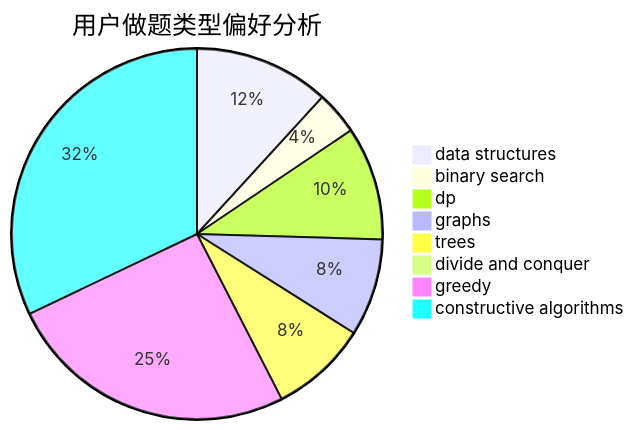
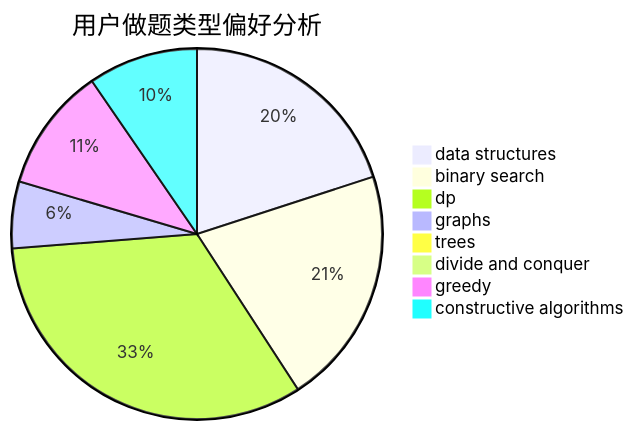
Before and after one commit to sherpahu/cfrs.github.io: the second of 3 diagrams in docs/user/u1110.md, drawn with Mermaid. The commit also changed other lines of this file and 2770 other files, not shown here.

````diff
--- a/docs/user/u1110.md
+++ b/docs/user/u1110.md
@@ -23,11 +23,11 @@
 ```mermaid
 pie title 用户做题类型偏好分析
-    "data structures" :  25
-    "binary search" :  8
-    "dp" :  21
-    "graphs" :  18
-    "trees" :  18
+    "data structures" :  48
+    "binary search" :  50
+    "dp" :  79
+    "graphs" :  14
+    "trees" :  0
     "divide and conquer" :  0
-    "greedy" :  54
-    "constructive algorithms" :  68
+    "greedy" :  26
+    "constructive algorithms" :  23
 ```
````
